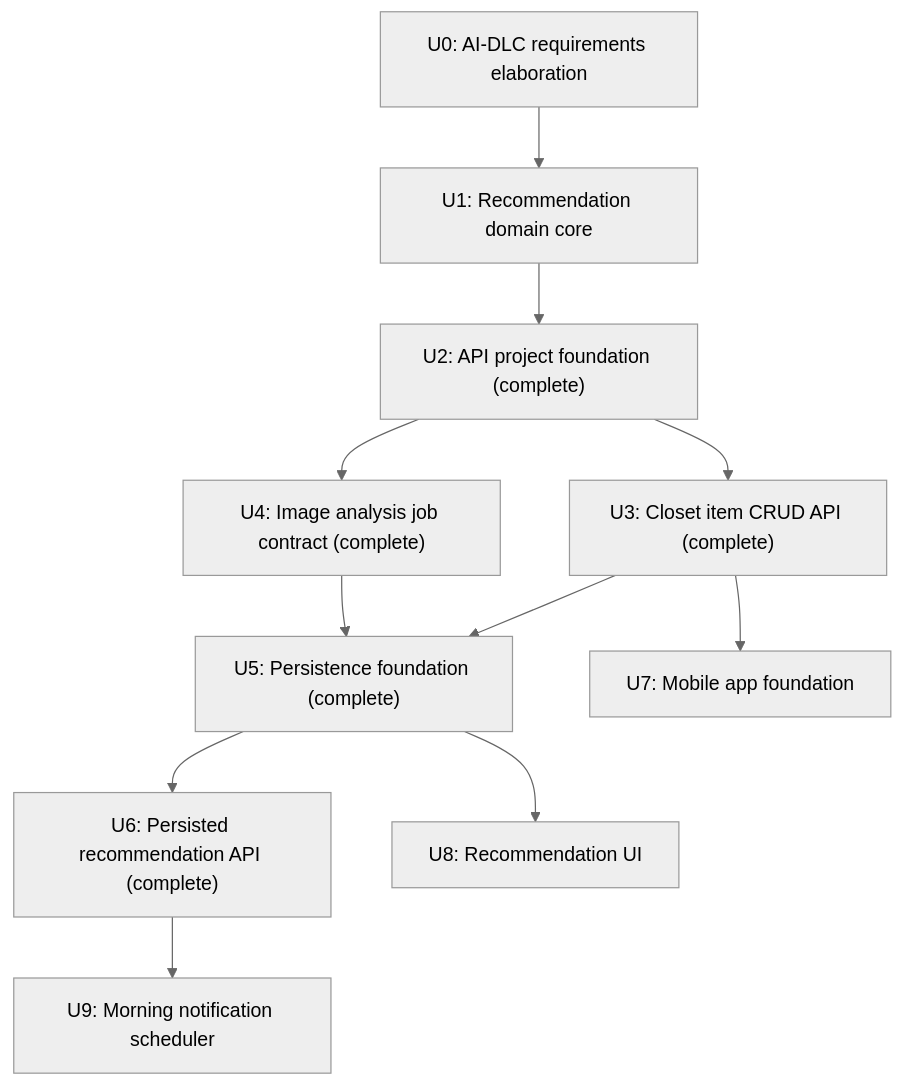
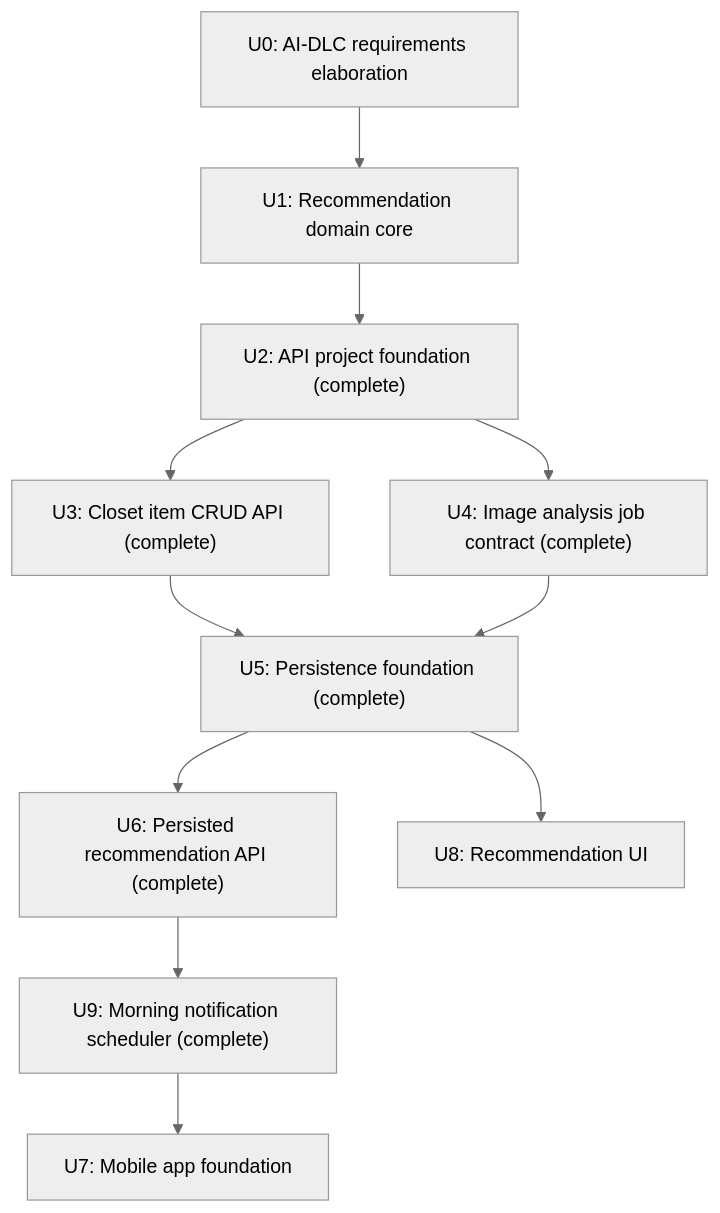
Before and after one commit to idealization/Fitlog: the diagram in requirements/ai_dlc/00_intent.md, drawn with Mermaid (neutral theme). The commit also changed other lines of this file and 18 other files, not shown here.

Commit message:
Add morning notification scheduler

````diff
--- a/requirements/ai_dlc/00_intent.md
+++ b/requirements/ai_dlc/00_intent.md
@@ -30,13 +30,13 @@
 ```mermaid
 flowchart TD
     U0["U0: AI-DLC requirements elaboration"] --> U1["U1: Recommendation domain core"]
     U1 --> U2["U2: API project foundation (complete)"]
     U2 --> U3["U3: Closet item CRUD API (complete)"]
     U2 --> U4["U4: Image analysis job contract (complete)"]
     U3 --> U5["U5: Persistence foundation (complete)"]
     U4 --> U5
     U5 --> U6["U6: Persisted recommendation API (complete)"]
-    U6 --> U9["U9: Morning notification scheduler"]
-    U3 --> U7["U7: Mobile app foundation"]
+    U6 --> U9["U9: Morning notification scheduler (complete)"]
+    U9 --> U7["U7: Mobile app foundation"]
     U5 --> U8["U8: Recommendation UI"]
 ```
````
